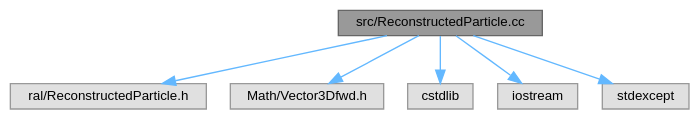
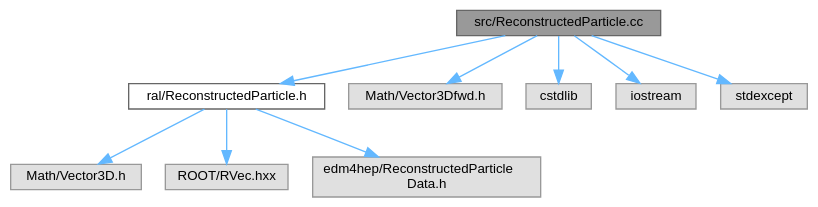
Before and after one commit to Juanki0396/ral: the diagram in docs/ReconstructedParticle_8cc__incl.dot, drawn with Graphviz. The commit also changed 59 other files, not shown here.

```diff
--- a/docs/ReconstructedParticle_8cc__incl.dot
+++ b/docs/ReconstructedParticle_8cc__incl.dot
@@ -1,18 +1,24 @@
 digraph "src/ReconstructedParticle.cc"
 {
  // LATEX_PDF_SIZE
   bgcolor="transparent";
   edge [fontname=Helvetica,fontsize=10,labelfontname=Helvetica,labelfontsize=10];
   node [fontname=Helvetica,fontsize=10,shape=box,height=0.2,width=0.4];
   Node1 [id="Node000001",label="src/ReconstructedParticle.cc",height=0.2,width=0.4,color="gray40", fillcolor="grey60", style="filled", fontcolor="black",tooltip=" "];
   Node1 -> Node2 [id="edge1_Node000001_Node000002",color="steelblue1",style="solid",tooltip=" "];
-  Node2 [id="Node000002",label="ral/ReconstructedParticle.h",height=0.2,width=0.4,color="grey60", fillcolor="#E0E0E0", style="filled",tooltip=" "];
-  Node1 -> Node3 [id="edge2_Node000001_Node000003",color="steelblue1",style="solid",tooltip=" "];
-  Node3 [id="Node000003",label="Math/Vector3Dfwd.h",height=0.2,width=0.4,color="grey60", fillcolor="#E0E0E0", style="filled",tooltip=" "];
-  Node1 -> Node4 [id="edge3_Node000001_Node000004",color="steelblue1",style="solid",tooltip=" "];
-  Node4 [id="Node000004",label="cstdlib",height=0.2,width=0.4,color="grey60", fillcolor="#E0E0E0", style="filled",tooltip=" "];
-  Node1 -> Node5 [id="edge4_Node000001_Node000005",color="steelblue1",style="solid",tooltip=" "];
-  Node5 [id="Node000005",label="iostream",height=0.2,width=0.4,color="grey60", fillcolor="#E0E0E0", style="filled",tooltip=" "];
+  Node2 [id="Node000002",label="ral/ReconstructedParticle.h",height=0.2,width=0.4,color="grey40", fillcolor="white", style="filled",URL="$ReconstructedParticle_8h.html",tooltip=" "];
+  Node2 -> Node3 [id="edge2_Node000002_Node000003",color="steelblue1",style="solid",tooltip=" "];
+  Node3 [id="Node000003",label="Math/Vector3D.h",height=0.2,width=0.4,color="grey60", fillcolor="#E0E0E0", style="filled",tooltip=" "];
+  Node2 -> Node4 [id="edge3_Node000002_Node000004",color="steelblue1",style="solid",tooltip=" "];
+  Node4 [id="Node000004",label="ROOT/RVec.hxx",height=0.2,width=0.4,color="grey60", fillcolor="#E0E0E0", style="filled",tooltip=" "];
+  Node2 -> Node5 [id="edge4_Node000002_Node000005",color="steelblue1",style="solid",tooltip=" "];
+  Node5 [id="Node000005",label="edm4hep/ReconstructedParticle\lData.h",height=0.2,width=0.4,color="grey60", fillcolor="#E0E0E0", style="filled",tooltip=" "];
   Node1 -> Node6 [id="edge5_Node000001_Node000006",color="steelblue1",style="solid",tooltip=" "];
-  Node6 [id="Node000006",label="stdexcept",height=0.2,width=0.4,color="grey60", fillcolor="#E0E0E0", style="filled",tooltip=" "];
+  Node6 [id="Node000006",label="Math/Vector3Dfwd.h",height=0.2,width=0.4,color="grey60", fillcolor="#E0E0E0", style="filled",tooltip=" "];
+  Node1 -> Node7 [id="edge6_Node000001_Node000007",color="steelblue1",style="solid",tooltip=" "];
+  Node7 [id="Node000007",label="cstdlib",height=0.2,width=0.4,color="grey60", fillcolor="#E0E0E0", style="filled",tooltip=" "];
+  Node1 -> Node8 [id="edge7_Node000001_Node000008",color="steelblue1",style="solid",tooltip=" "];
+  Node8 [id="Node000008",label="iostream",height=0.2,width=0.4,color="grey60", fillcolor="#E0E0E0", style="filled",tooltip=" "];
+  Node1 -> Node9 [id="edge8_Node000001_Node000009",color="steelblue1",style="solid",tooltip=" "];
+  Node9 [id="Node000009",label="stdexcept",height=0.2,width=0.4,color="grey60", fillcolor="#E0E0E0", style="filled",tooltip=" "];
 }
```
